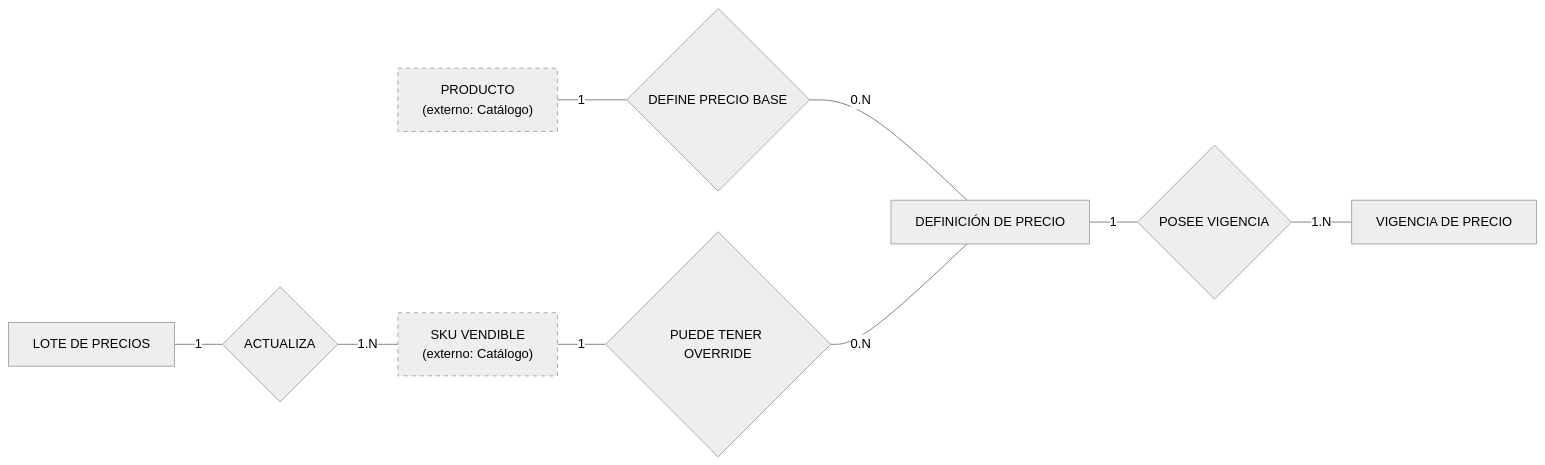
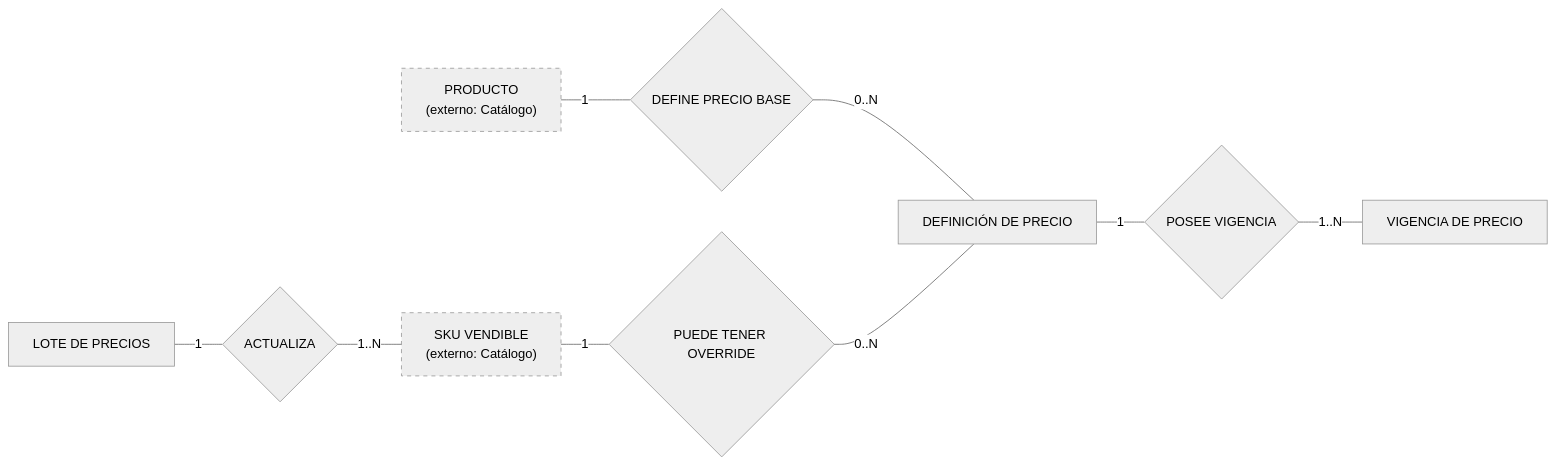
Before and after one commit to Taller-SW-Web/G6-Productos-Ofertas-docs: the fourth of 10 diagrams in Modelo_Conceptual.md, drawn with Mermaid (neutral theme). The commit also changed other lines of this file and 11 other files, not shown here.

````diff
--- a/Modelo_Conceptual.md
+++ b/Modelo_Conceptual.md
@@ -452,28 +478,28 @@
 ```mermaid
 flowchart LR
   PRODUCT["PRODUCTO<br/>(externo: Catálogo)"]
   SKU["SKU VENDIBLE<br/>(externo: Catálogo)"]
   PRICE["DEFINICIÓN DE PRECIO"]
   PERIOD["VIGENCIA DE PRECIO"]
   BATCH["LOTE DE PRECIOS"]
 
   R_BASE{"DEFINE PRECIO BASE"}
   R_OVERRIDE{"PUEDE TENER OVERRIDE"}
   R_PERIOD{"POSEE VIGENCIA"}
   R_BATCH{"ACTUALIZA"}
 
   PRODUCT ---|"1"| R_BASE
-  R_BASE ---|"0.N"| PRICE
+  R_BASE ---|"0..N"| PRICE
 
   SKU ---|"1"| R_OVERRIDE
-  R_OVERRIDE ---|"0.N"| PRICE
+  R_OVERRIDE ---|"0..N"| PRICE
 
   PRICE ---|"1"| R_PERIOD
-  R_PERIOD ---|"1.N"| PERIOD
+  R_PERIOD ---|"1..N"| PERIOD
 
   BATCH ---|"1"| R_BATCH
-  R_BATCH ---|"1.N"| SKU
+  R_BATCH ---|"1..N"| SKU
 
   classDef external stroke-dasharray: 5 5;
   class PRODUCT,SKU external;
 ```
````
